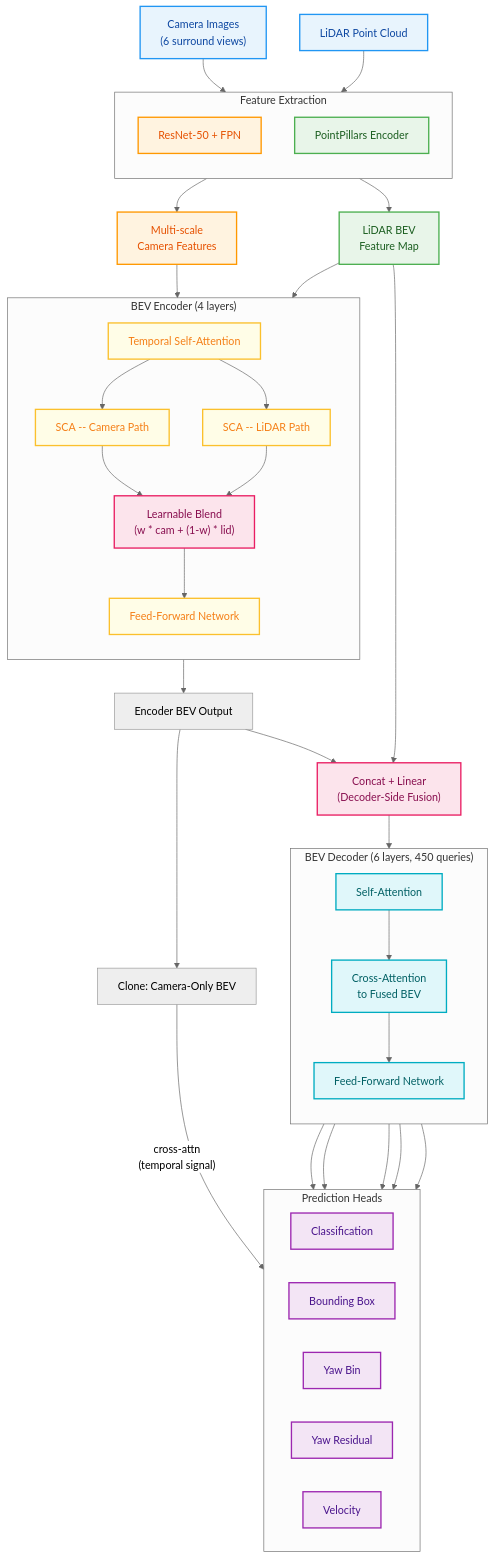
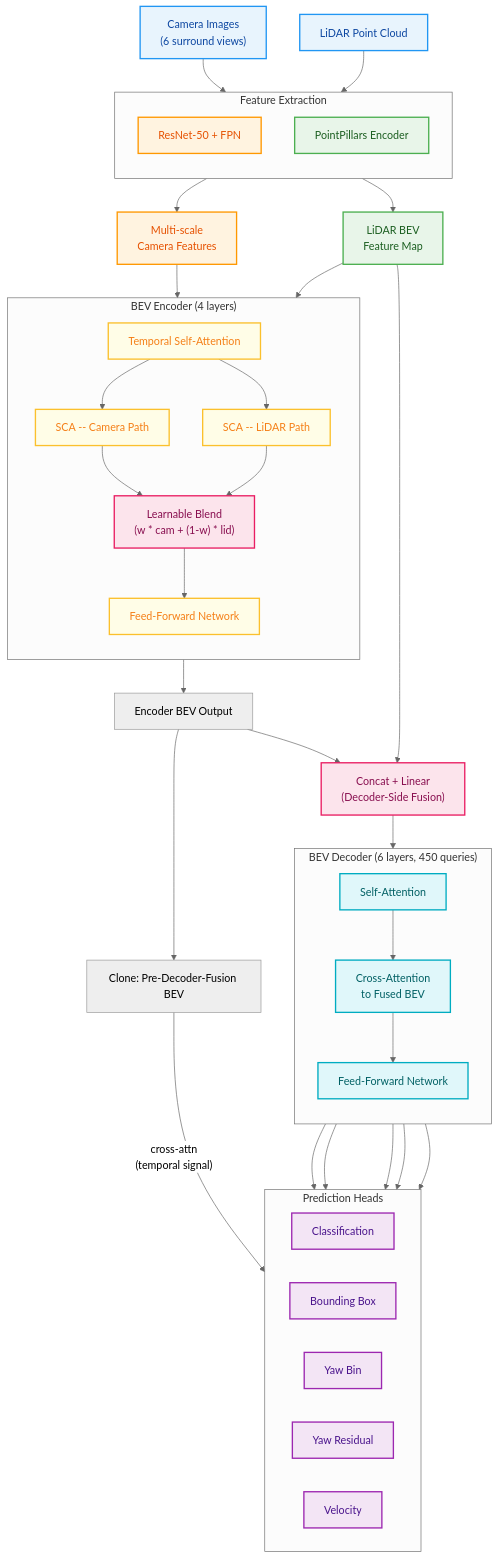
One commit to xiaotwu/BEVFormerFusion changed the first of 4 diagrams in doc/00-overview.md. Above: the diagram before and after it, drawn with Mermaid (neutral theme). The commit also changed other lines of this file and 136 other files, not shown here.

```diff
--- a/doc/00-overview.md
+++ b/doc/00-overview.md
@@ -77,7 +77,7 @@
 
     %% ── BEV Split ──────────────────────────────────────────
     FFN_E --> BEV_OUT["Encoder BEV Output"]
-    BEV_OUT --> CLONE_CAM["Clone: Camera-Only BEV"]
+    BEV_OUT --> CLONE_CAM["Clone: Pre-Decoder-Fusion BEV"]
     BEV_OUT --> CONCAT["Concat + Linear<br/>(Decoder-Side Fusion)"]
     LBEV --> CONCAT
 
@@ -109,7 +109,7 @@
     FFN_D --> YAW_RES
     FFN_D --> VEL
 
-    %% ── Velocity cross-attention to camera-only BEV ────────
+    %% ── Velocity cross-attention to pre-decoder-fusion BEV ────────
     CLONE_CAM -->|"cross-attn<br/>(temporal signal)"| VEL
 
     %% ── Styles ──────────────────────────────────────────────
```
